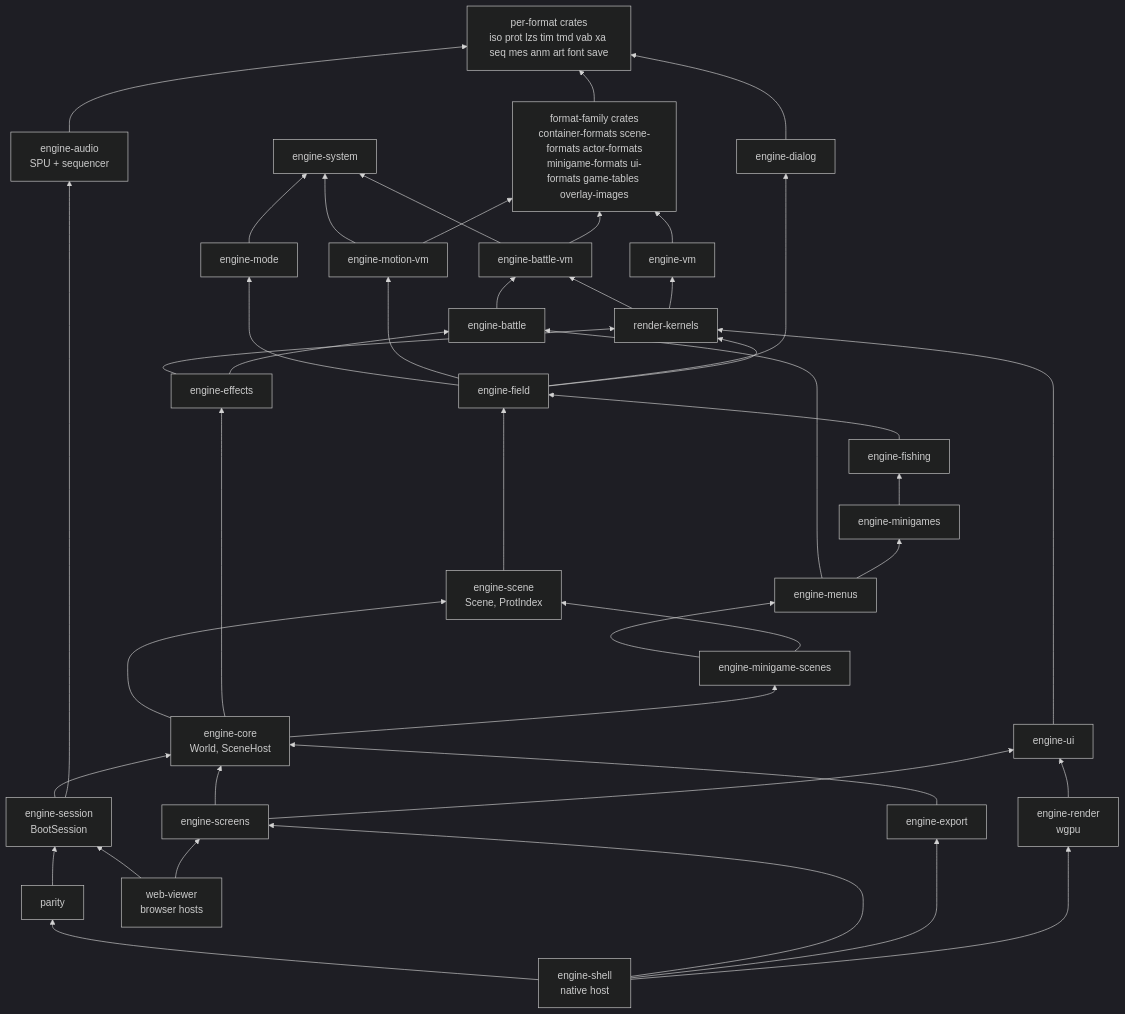
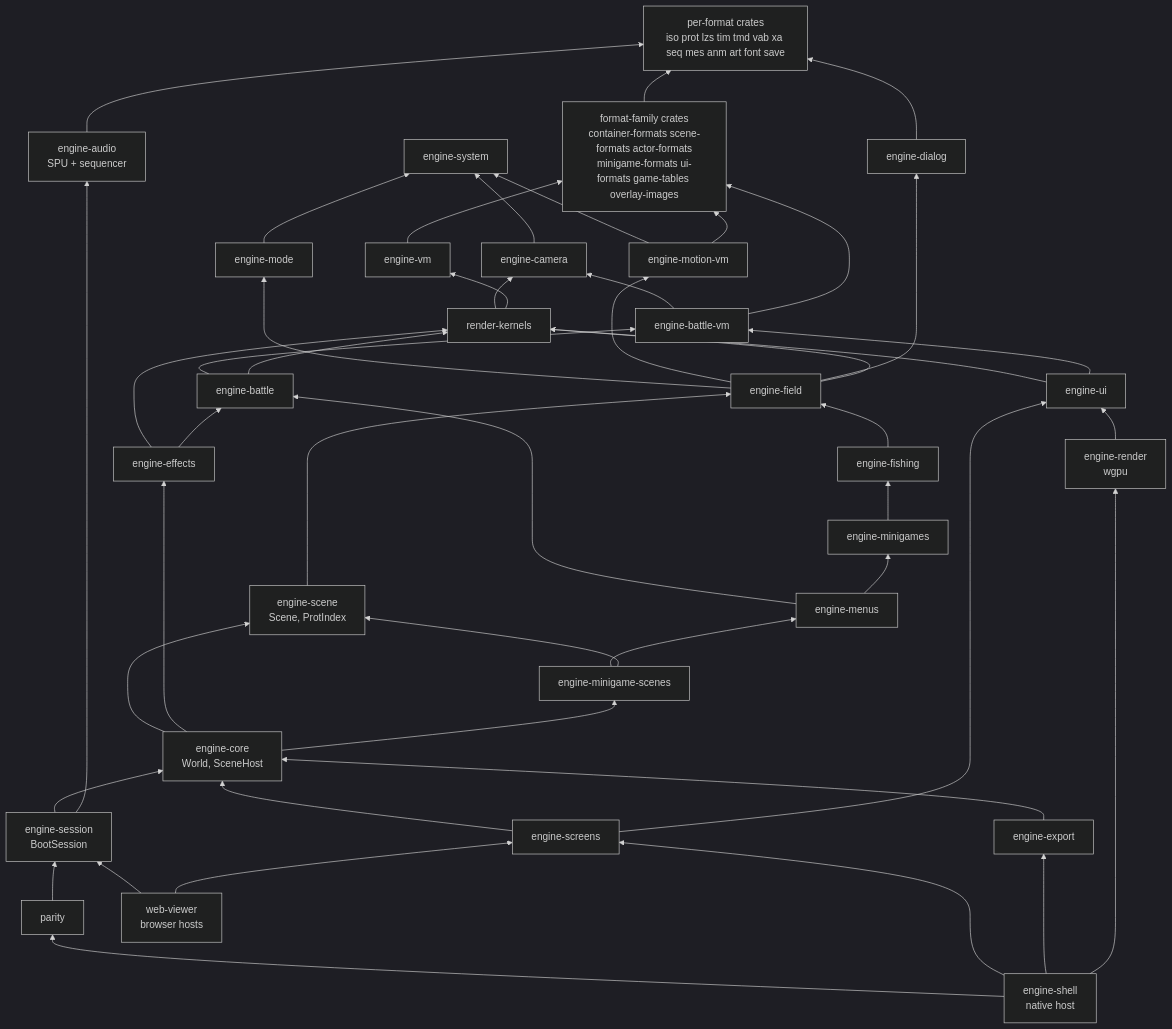
The first of 4 diagrams in docs/subsystems/engine.md (AndrewAltimit/legend-of-legaia-re), drawn with Mermaid (dark theme) before and after one commit. The commit also changed other lines of this file and 483 other files, not shown here.

First line of the commit message:
Gap wave 3: unseeded run reaches 24, host parity, seat map, engine-camera (#525)

````diff
--- a/docs/subsystems/engine.md
+++ b/docs/subsystems/engine.md
@@ -41,73 +41,77 @@
 ```mermaid
 flowchart BT
     FMT["per-format crates<br/>iso prot lzs tim tmd vab xa seq mes anm art font save"]
     FAM["format-family crates<br/>container-formats scene-formats actor-formats<br/>minigame-formats ui-formats game-tables overlay-images"]
     ESYS["engine-system"]
     EMODE["engine-mode"]
     EDLG["engine-dialog"]
+    ECAM["engine-camera"]
     EBV["engine-battle-vm"]
     EMV["engine-motion-vm"]
     EVM["engine-vm"]
     EB["engine-battle"]
     RK["render-kernels"]
     EFX["engine-effects"]
     EFIELD["engine-field"]
     EFISH["engine-fishing"]
     EMG["engine-minigames"]
     EMENU["engine-menus"]
     EMGS["engine-minigame-scenes"]
     ESCN["engine-scene<br/>Scene, ProtIndex"]
     CORE["engine-core<br/>World, SceneHost"]
     EUI["engine-ui"]
     EREN["engine-render<br/>wgpu"]
     EAUD["engine-audio<br/>SPU + sequencer"]
     SESS["engine-session<br/>BootSession"]
     SCR["engine-screens"]
     EXP["engine-export"]
     PAR["parity"]
     SHELL["engine-shell<br/>native host"]
     WEB["web-viewer<br/>browser hosts"]
 
     FAM --> FMT
     EDLG --> FMT
     EMODE --> ESYS
-    EBV --> ESYS
+    ECAM --> ESYS
+    EBV --> ECAM
     EBV --> FAM
     EMV --> ESYS
     EMV --> FAM
     EVM --> FAM
     EB --> EBV
-    RK --> EBV
+    EB --> RK
+    RK --> ECAM
     RK --> EVM
     EFX --> RK
     EFX --> EB
     EFIELD --> EMODE
     EFIELD --> EMV
     EFIELD --> EDLG
     EFIELD --> RK
     EMENU --> EB
     EFISH --> EFIELD
     EMG --> EFISH
     EMENU --> EMG
     EMGS --> EMENU
     EMGS --> ESCN
     ESCN --> EFIELD
     CORE --> ESCN
     CORE --> EFX
     CORE --> EMGS
     EUI --> RK
+    EUI --> EBV
     EREN --> EUI
     EAUD --> FMT
     SESS --> CORE
     SESS --> EAUD
     SCR --> CORE
     SCR --> EUI
     PAR --> SESS
     SHELL --> PAR
     SHELL --> SCR
     SHELL --> EXP
     EXP --> CORE
     SHELL --> EREN
     WEB --> SESS
     WEB --> SCR
 ```
````
